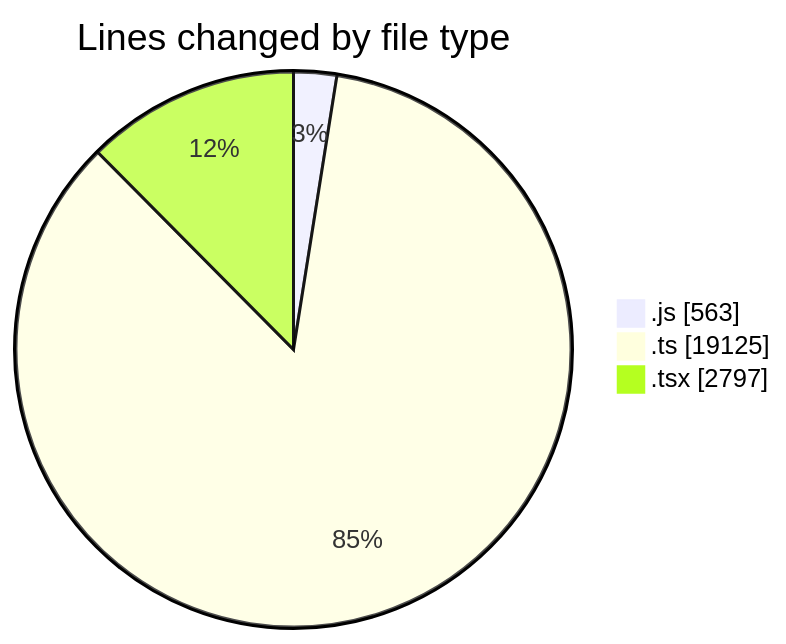
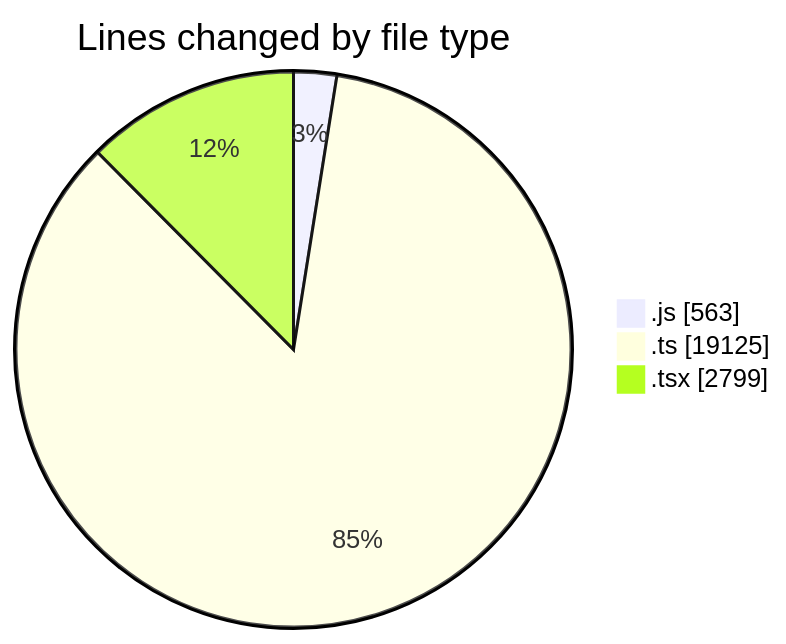
Before and after one commit to momahboobian/code-tracking: the first of 2 diagrams in 2025-11-14/cda/README.md, drawn with Mermaid. The commit also changed other lines of this file and 1 other file, not shown here.

````diff
--- a/2025-11-14/cda/README.md
+++ b/2025-11-14/cda/README.md
@@ -41,7 +41,7 @@
 ```mermaid
 pie showData
 title Lines changed by file type
 ".js" : 563
 ".ts" : 19125
-".tsx" : 2797
+".tsx" : 2799
 ```
````
